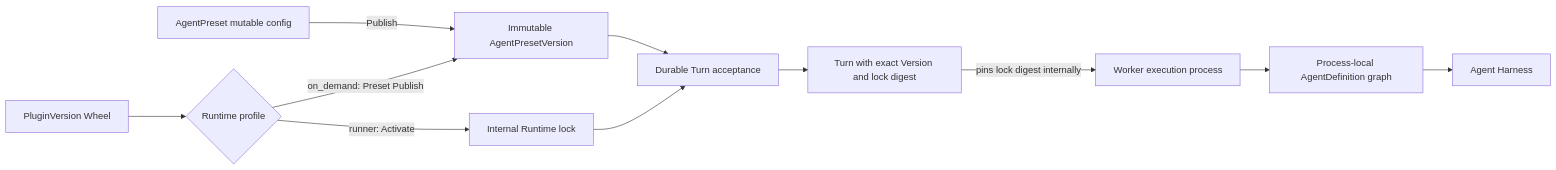
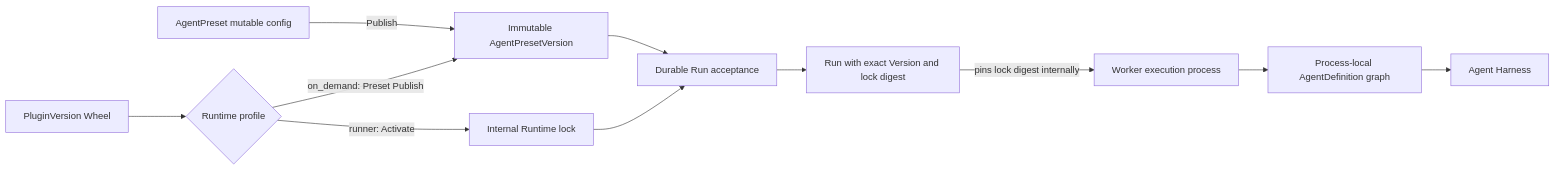
One commit to LTThreeComma/agent-foundation changed the diagram in spec/foundation-service/12-agent-management.md. Above: the diagram before and after it, drawn with Mermaid. The commit also changed other lines of this file and 50 other files, not shown here.

````diff
--- a/spec/foundation-service/12-agent-management.md
+++ b/spec/foundation-service/12-agent-management.md
@@ -11,13 +11,13 @@
 ```mermaid
 flowchart LR
     Config[AgentPreset mutable config] -->|Publish| Version[Immutable AgentPresetVersion]
     Wheel[PluginVersion Wheel] --> Selection{Runtime profile}
     Selection -->|on_demand: Preset Publish| Version
     Selection -->|runner: Activate| Lock[Internal Runtime lock]
-    Version --> Acceptance[Durable Turn acceptance]
+    Version --> Acceptance[Durable Run acceptance]
     Lock --> Acceptance
-    Acceptance --> Turn[Turn with exact Version and lock digest]
-    Turn -->|pins lock digest internally| Worker[Worker execution process]
+    Acceptance --> Run[Run with exact Version and lock digest]
+    Run -->|pins lock digest internally| Worker[Worker execution process]
     Worker --> Definition[Process-local AgentDefinition graph]
     Definition --> Harness[Agent Harness]
 ```
````
